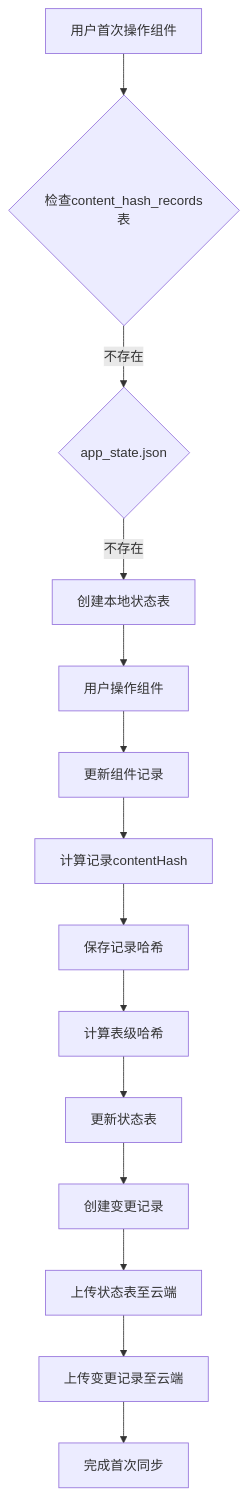
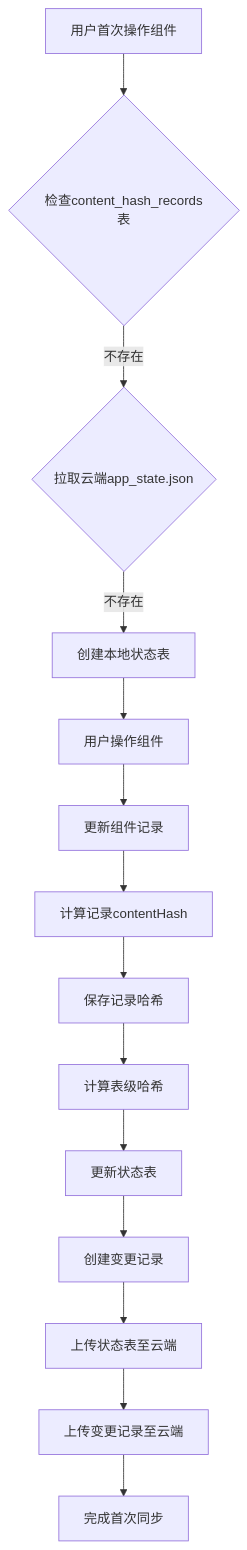
Before and after one commit to yingjianzh/iodraw-files: the diagram in all/未命名-42.md, drawn with Mermaid.

Commit message:
2025-04-24 16:03:27 update

````diff
--- a/all/未命名-42.md
+++ b/all/未命名-42.md
@@ -1,21 +1,21 @@
 ```mermaid
 flowchart TD
     Start[用户首次操作组件] --> CheckLocalState{检查content_hash_records表}
-    CheckLocalState -- 不存在 --> CheckCloudState{app_state.json}
+    CheckLocalState -- 不存在 --> CheckCloudState{拉取云端app_state.json}
     
     CheckCloudState -- 不存在 --> CreateLocalState[创建本地状态表]
     CreateLocalState --> FirstOperation[用户操作组件]
     
     FirstOperation --> UpdateRecord[更新组件记录]
     UpdateRecord --> CalculateHash[计算记录contentHash]
     CalculateHash --> SaveRecordHash[保存记录哈希]
     
     SaveRecordHash --> CalculateTableHash[计算表级哈希]
     CalculateTableHash --> UpdateStateTable[更新状态表]
     
     UpdateStateTable --> CreateChange[创建变更记录]
     CreateChange --> UploadState[上传状态表至云端]
     UploadState --> UploadChanges[上传变更记录至云端]
     
     UploadChanges --> CompleteFirstSync[完成首次同步]
 ```
````
